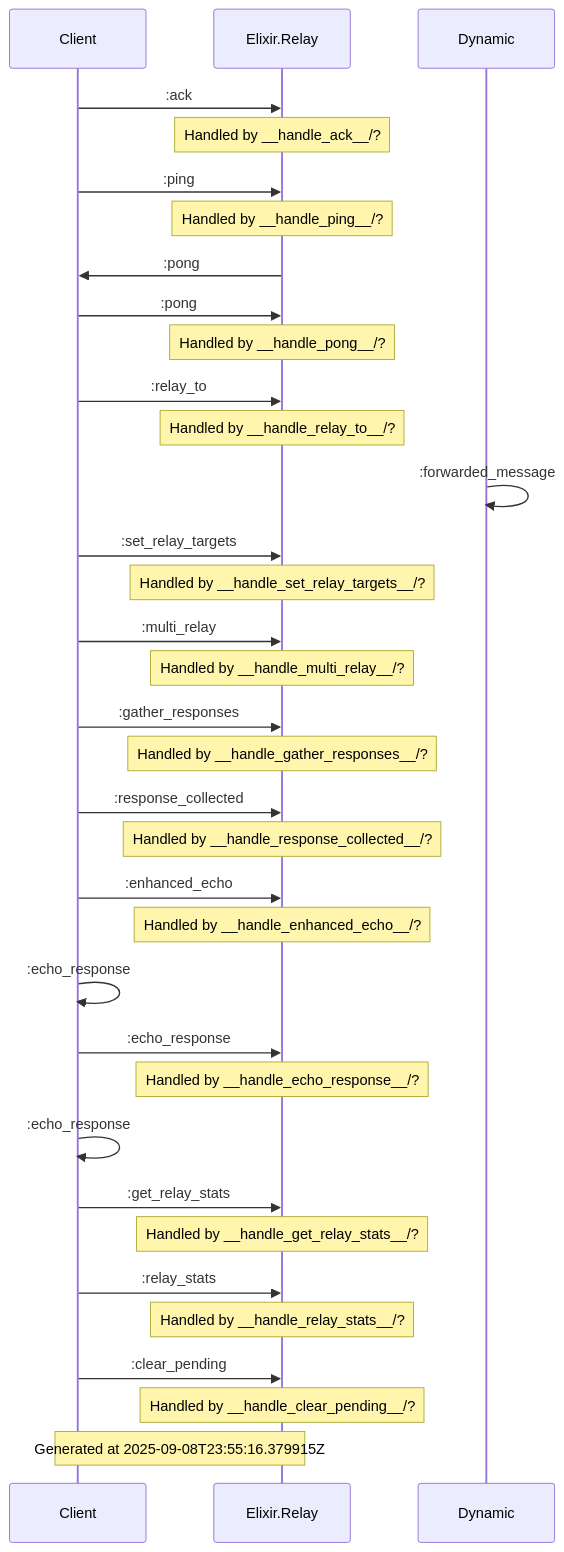
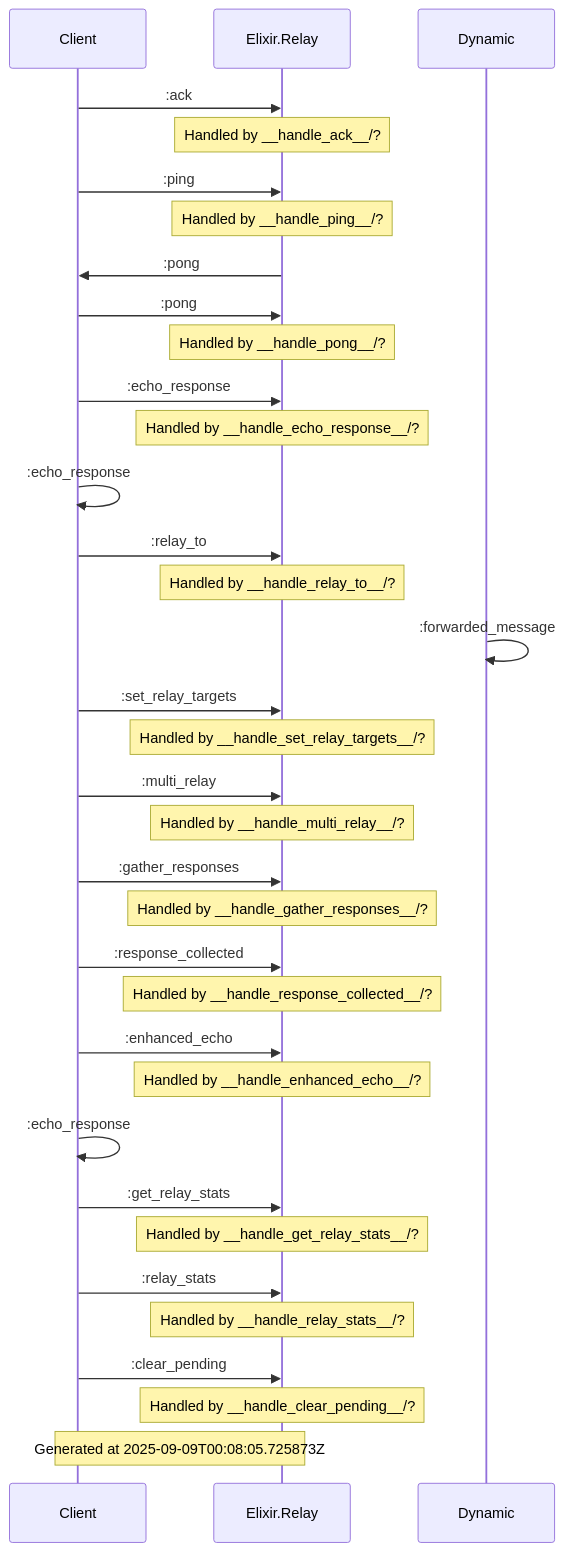
The diagram in docs/diagrams/Elixir.Relay.md (anoma/engine), drawn with Mermaid before and after one commit. The commit also changed other lines of this file and 5 other files, not shown here.

````diff
--- a/docs/diagrams/Elixir.Relay.md
+++ b/docs/diagrams/Elixir.Relay.md
@@ -5,38 +5,38 @@
 ```mermaid
 sequenceDiagram
     participant Client
     participant Elixir.Examples.RelayEngine as Elixir.Relay
     Client->>Elixir.Examples.RelayEngine: :ack
     Note over Elixir.Examples.RelayEngine: Handled by __handle_ack__/?
     Client->>Elixir.Examples.RelayEngine: :ping
     Note over Elixir.Examples.RelayEngine: Handled by __handle_ping__/?
     Elixir.Examples.RelayEngine->>Client: :pong
     Client->>Elixir.Examples.RelayEngine: :pong
     Note over Elixir.Examples.RelayEngine: Handled by __handle_pong__/?
+    Client->>Elixir.Examples.RelayEngine: :echo_response
+    Note over Elixir.Examples.RelayEngine: Handled by __handle_echo_response__/?
+    Client->>Client: :echo_response
     Client->>Elixir.Examples.RelayEngine: :relay_to
     Note over Elixir.Examples.RelayEngine: Handled by __handle_relay_to__/?
     Dynamic->>Dynamic: :forwarded_message
     Client->>Elixir.Examples.RelayEngine: :set_relay_targets
     Note over Elixir.Examples.RelayEngine: Handled by __handle_set_relay_targets__/?
     Client->>Elixir.Examples.RelayEngine: :multi_relay
     Note over Elixir.Examples.RelayEngine: Handled by __handle_multi_relay__/?
     Client->>Elixir.Examples.RelayEngine: :gather_responses
     Note over Elixir.Examples.RelayEngine: Handled by __handle_gather_responses__/?
     Client->>Elixir.Examples.RelayEngine: :response_collected
     Note over Elixir.Examples.RelayEngine: Handled by __handle_response_collected__/?
     Client->>Elixir.Examples.RelayEngine: :enhanced_echo
     Note over Elixir.Examples.RelayEngine: Handled by __handle_enhanced_echo__/?
     Client->>Client: :echo_response
-    Client->>Elixir.Examples.RelayEngine: :echo_response
-    Note over Elixir.Examples.RelayEngine: Handled by __handle_echo_response__/?
-    Client->>Client: :echo_response
     Client->>Elixir.Examples.RelayEngine: :get_relay_stats
     Note over Elixir.Examples.RelayEngine: Handled by __handle_get_relay_stats__/?
     Client->>Elixir.Examples.RelayEngine: :relay_stats
     Note over Elixir.Examples.RelayEngine: Handled by __handle_relay_stats__/?
     Client->>Elixir.Examples.RelayEngine: :clear_pending
     Note over Elixir.Examples.RelayEngine: Handled by __handle_clear_pending__/?
 
-Note over Client, Elixir.Examples.RelayEngine: Generated at 2025-09-08T23:55:16.379915Z
+Note over Client, Elixir.Examples.RelayEngine: Generated at 2025-09-09T00:08:05.725873Z
 
 ```
````
